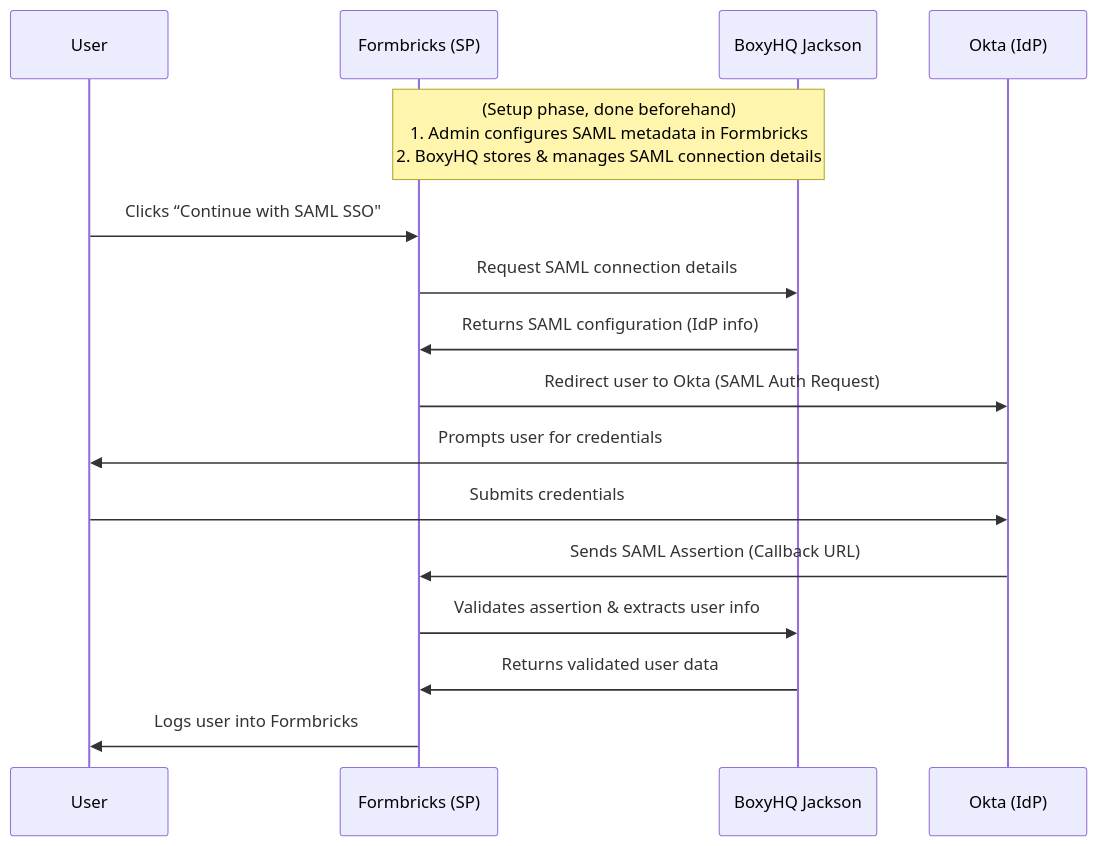
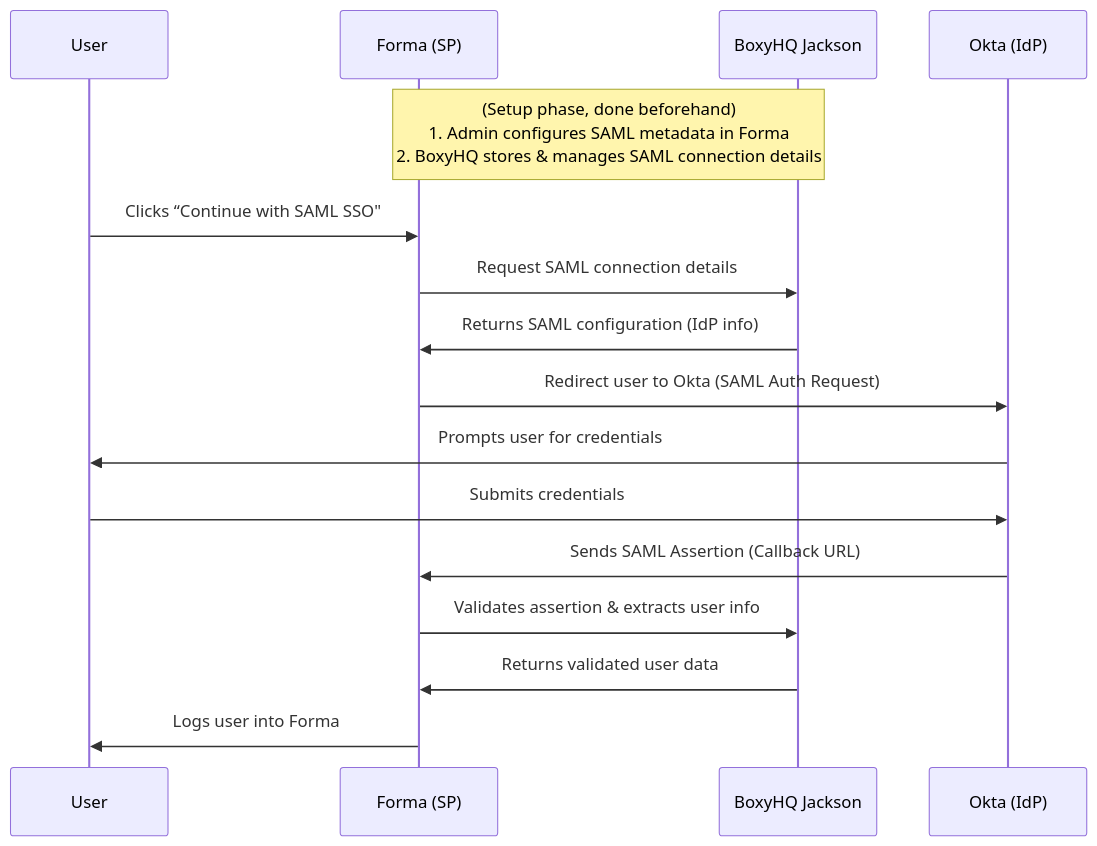
The diagram in docs/self-hosting/configuration/auth-sso/saml-sso.mdx (yldm-tech/forma), drawn with Mermaid before and after one commit. The commit also changed other lines of this file and 2576 other files, not shown here.

First line of the commit message:
feat: rebrand Formbricks to Forma

````diff
--- a/docs/self-hosting/configuration/auth-sso/saml-sso.mdx
+++ b/docs/self-hosting/configuration/auth-sso/saml-sso.mdx
@@ -44,21 +44,21 @@
 ```mermaid
 sequenceDiagram
     participant U as User
-    participant FB as Formbricks (SP)
+    participant FB as Forma (SP)
     participant BHQ as BoxyHQ Jackson
     participant OK as Okta (IdP)
 
-    Note over FB,BHQ: (Setup phase, done beforehand)<br/>1. Admin configures SAML metadata in Formbricks<br/>2. BoxyHQ stores & manages SAML connection details
+    Note over FB,BHQ: (Setup phase, done beforehand)<br/>1. Admin configures SAML metadata in Forma<br/>2. BoxyHQ stores & manages SAML connection details
 
     U->>FB: Clicks “Continue with SAML SSO"
     FB->>BHQ: Request SAML connection details
     BHQ->>FB: Returns SAML configuration (IdP info)
     FB->>OK: Redirect user to Okta (SAML Auth Request)
     OK->>U: Prompts user for credentials
     U->>OK: Submits credentials
     OK->>FB: Sends SAML Assertion (Callback URL)
     FB->>BHQ: Validates assertion & extracts user info
     BHQ->>FB: Returns validated user data
-    FB->>U: Logs user into Formbricks
+    FB->>U: Logs user into Forma
 
 ```
````
